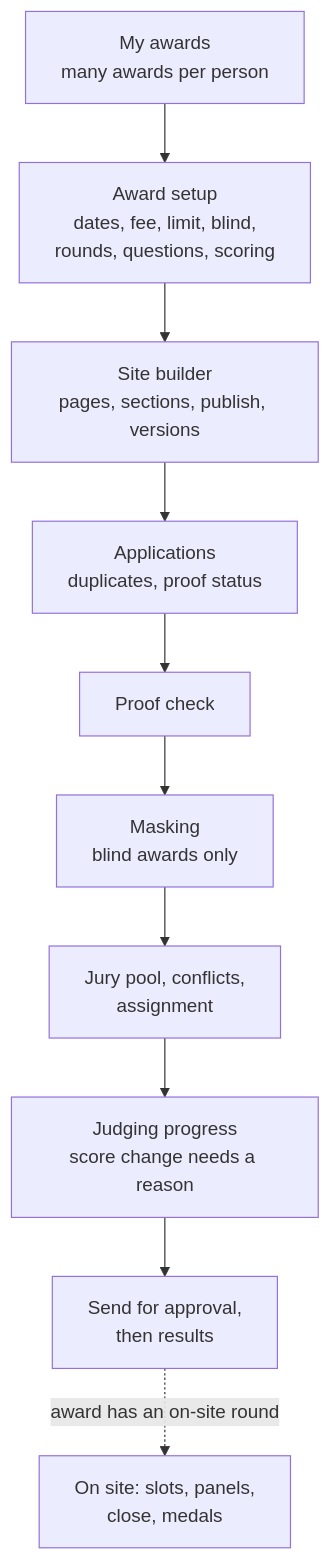
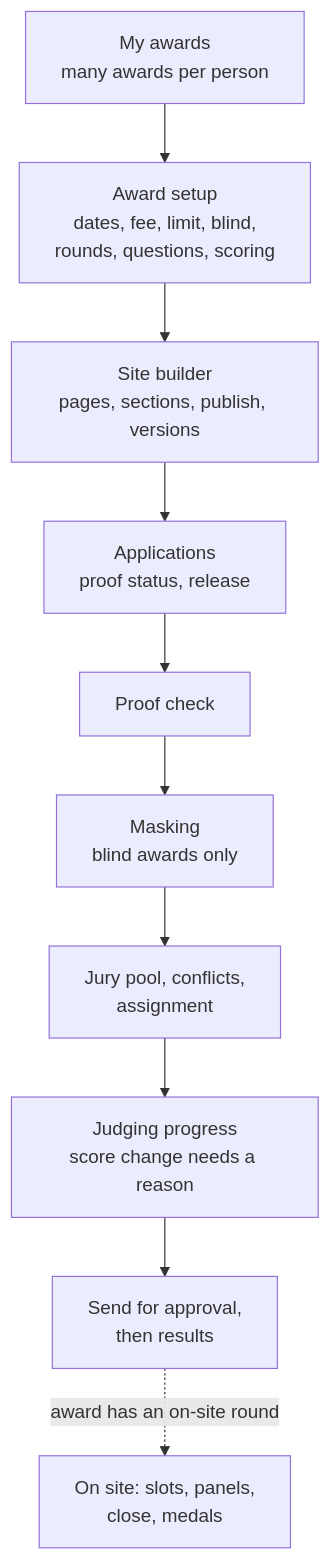
The fourth of 7 diagrams in docs/ui/README.md (sumitdwivedi01/EigthyAwards), drawn with Mermaid before and after one commit. The commit also changed other lines of this file and 13 other files, not shown here.

````diff
--- a/docs/ui/README.md
+++ b/docs/ui/README.md
@@ -68,9 +68,9 @@
 ```mermaid
 flowchart TD
     S1["My awards<br/>many awards per person"] --> S2["Award setup<br/>dates, fee, limit, blind,<br/>rounds, questions, scoring"]
     S2 --> S3["Site builder<br/>pages, sections, publish, versions"]
-    S3 --> S4["Applications<br/>duplicates, proof status"]
+    S3 --> S4["Applications<br/>proof status, release"]
     S4 --> S5["Proof check"] --> S6["Masking<br/>blind awards only"] --> S7["Jury pool, conflicts,<br/>assignment"]
     S7 --> S8["Judging progress<br/>score change needs a reason"] --> S9["Send for approval,<br/>then results"]
     S9 -.->|award has an on-site round| S10["On site: slots, panels,<br/>close, medals"]
 ```
````
